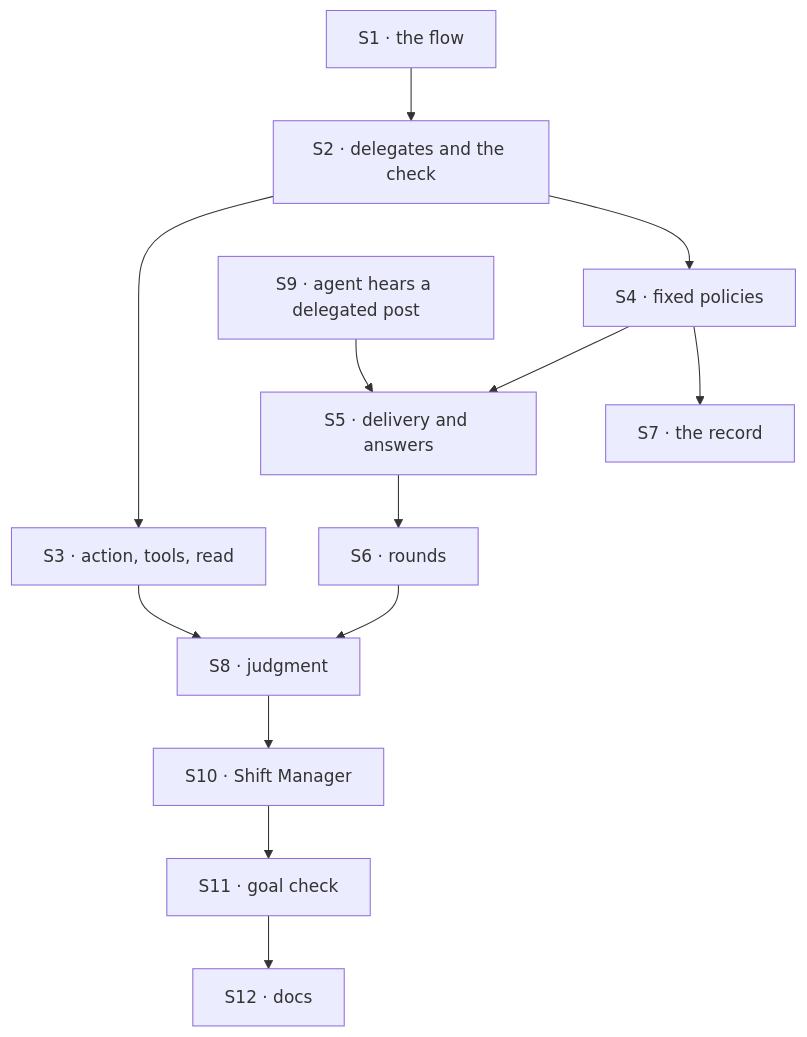
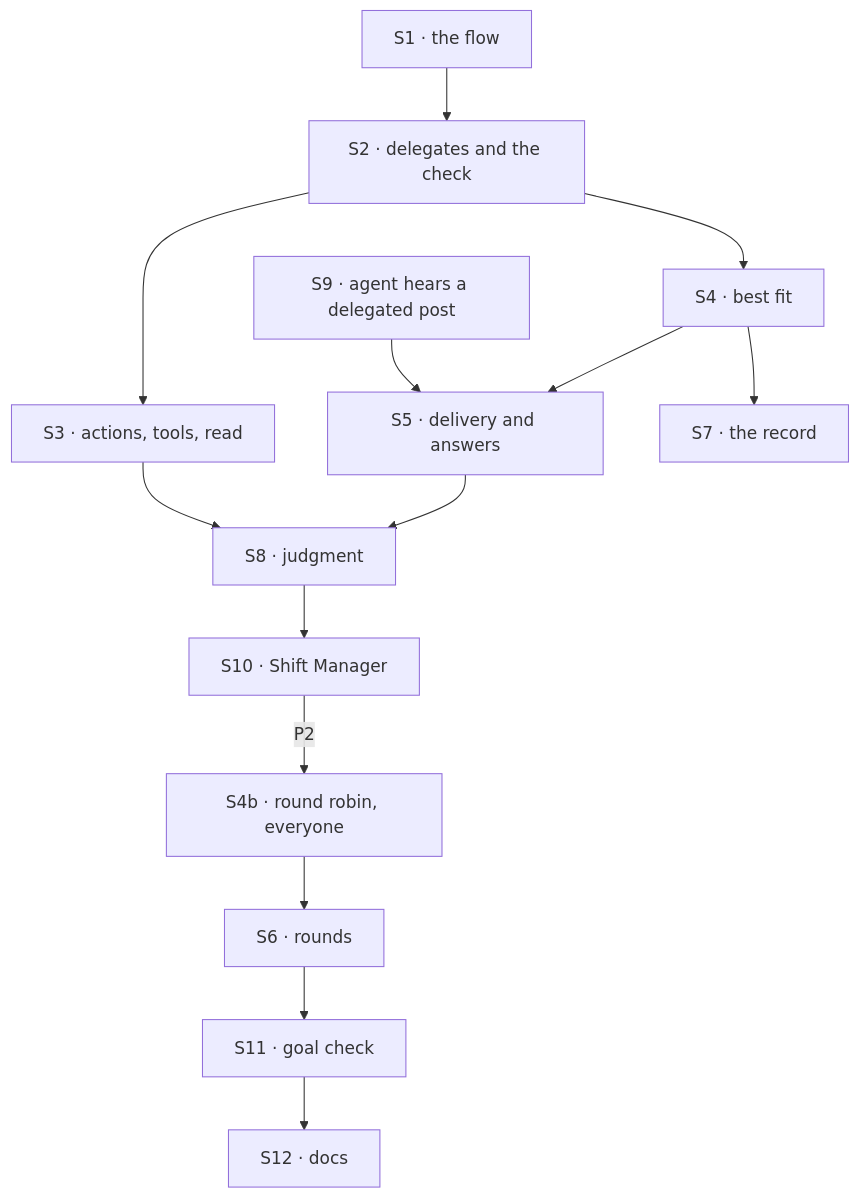
The diagram in specs/issues/FIX-1791/PLAN.md (fixpoint-labs/flow-state-dev), drawn with Mermaid before and after one commit. The commit also changed other lines of this file and 5 other files, not shown here.

First line of the commit message:
spec(FIX-1791): review round 1 — rounds bounded under judgment and at a deadline; shared ledger and ladder; four delegate actions

````diff
--- a/specs/issues/FIX-1791/PLAN.md
+++ b/specs/issues/FIX-1791/PLAN.md
@@ -36,15 +40,16 @@
 ```mermaid
 flowchart TD
   S1["S1 · the flow"] --> S2["S2 · delegates and the check"]
-  S2 --> S3["S3 · action, tools, read"]
-  S2 --> S4["S4 · fixed policies"]
+  S2 --> S3["S3 · actions, tools, read"]
+  S2 --> S4["S4 · best fit"]
   S9["S9 · agent hears a delegated post"] --> S5
   S4 --> S5["S5 · delivery and answers"]
-  S5 --> S6["S6 · rounds"]
   S4 --> S7["S7 · the record"]
   S3 --> S8["S8 · judgment"]
-  S6 --> S8
+  S5 --> S8
   S8 --> S10["S10 · Shift Manager"]
-  S10 --> S11["S11 · goal check"]
+  S10 -->|"P2"| S4b["S4b · round robin, everyone"]
+  S4b --> S6["S6 · rounds"]
+  S6 --> S11["S11 · goal check"]
   S11 --> S12["S12 · docs"]
 ```
````
